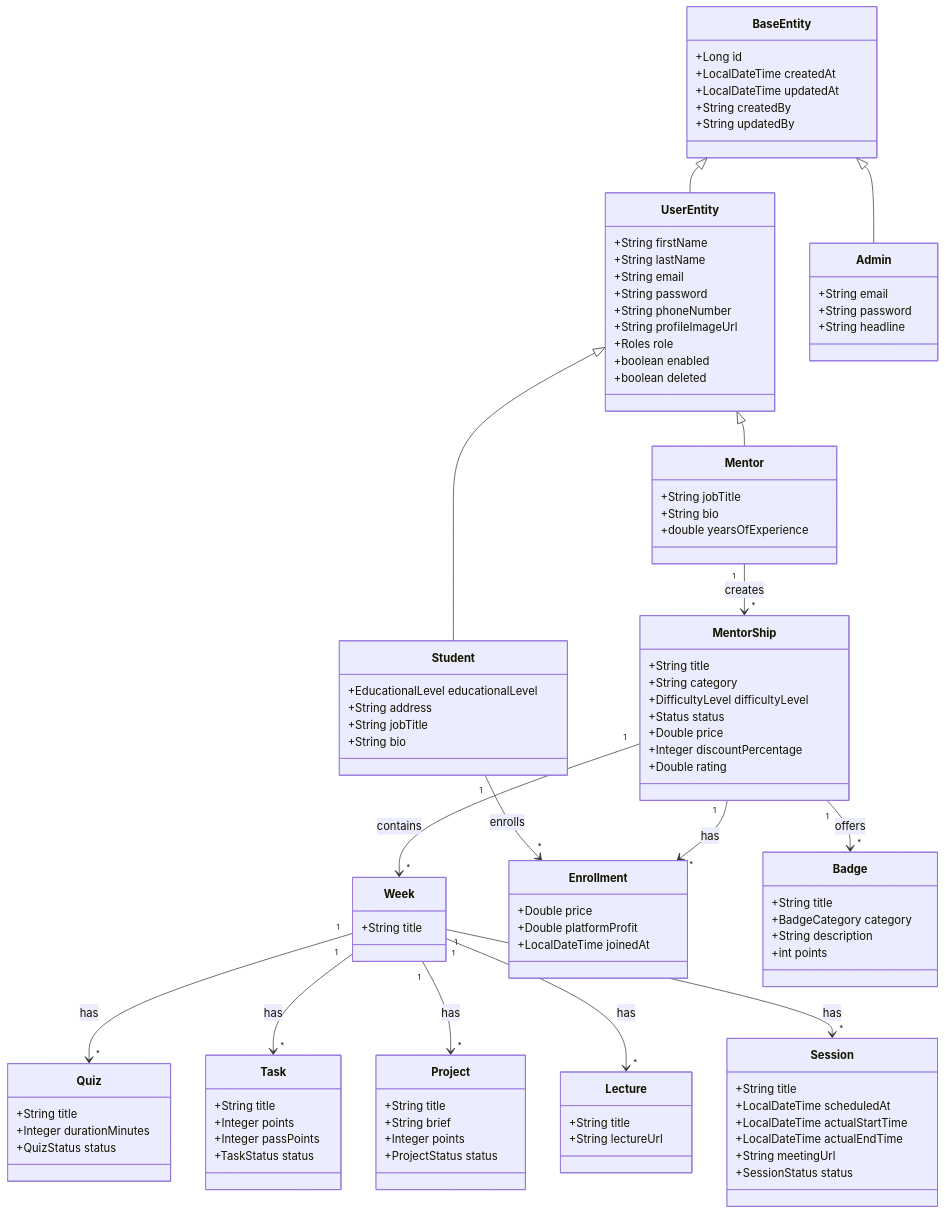
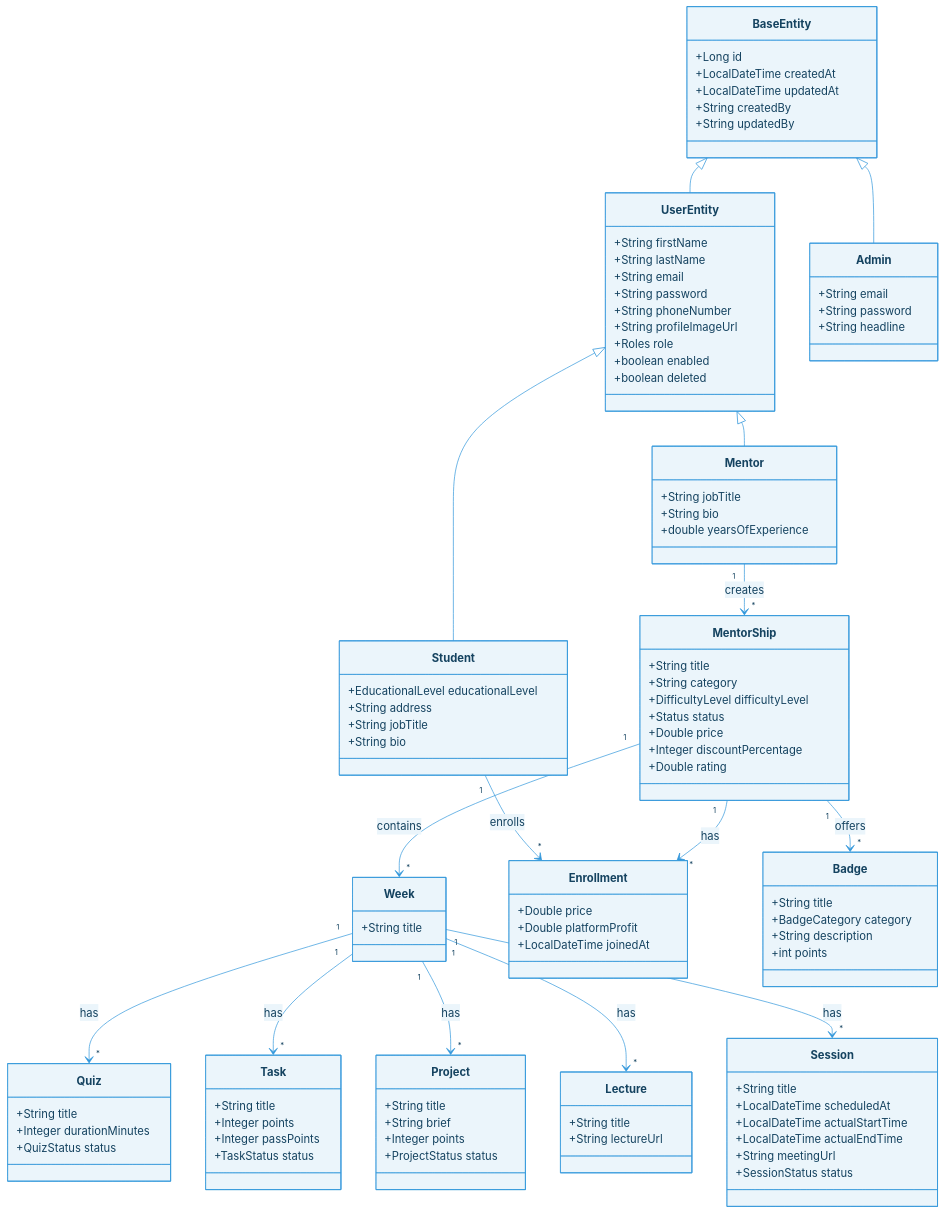
The second of 2 diagrams in README.md (MooRaa86/EduNest), drawn with Mermaid before and after one commit. The commit also changed other lines of this file, not shown here.

Commit message:
adding readme file

````diff
--- a/README.md
+++ b/README.md
@@ -163,4 +164,5 @@
 ```mermaid
+%%{init: {'theme': 'base', 'themeVariables': {'primaryColor': '#ebf5fb', 'primaryTextColor': '#154360', 'primaryBorderColor': '#3498db', 'lineColor': '#3498db', 'classText': '#154360', 'textColor': '#3498db'}}}%%
 classDiagram
   BaseEntity <|-- UserEntity
   BaseEntity <|-- Admin
````
